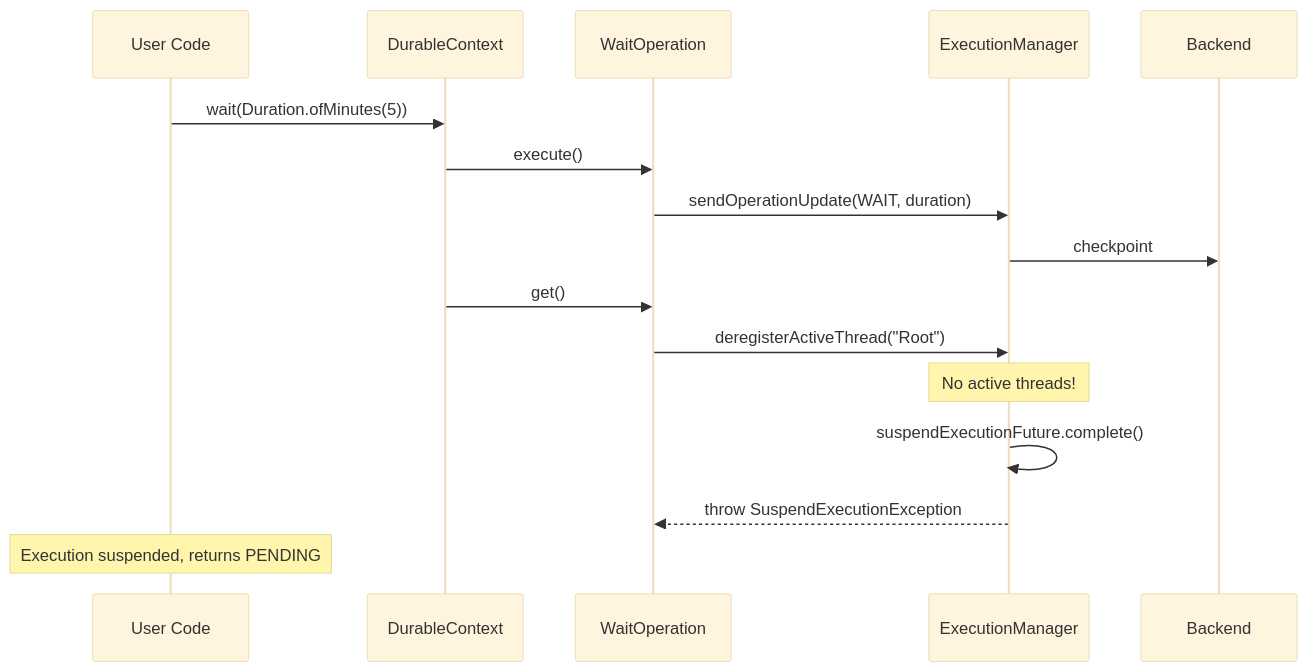
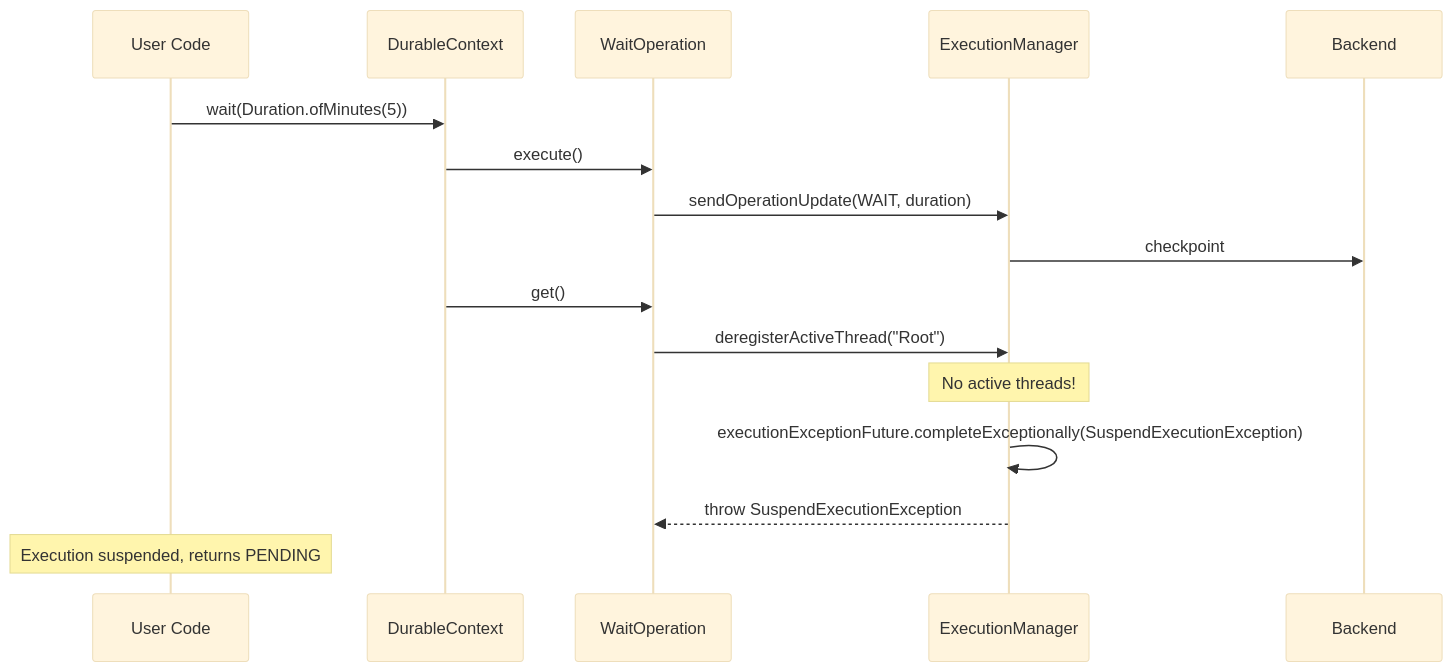
The third of 3 diagrams in docs/design.md (aws/aws-durable-execution-sdk-java), drawn with Mermaid (base theme) before and after one commit. The commit also changed other lines of this file and 1 other file, not shown here.

Commit message:
update design doc for completionFuture

````diff
--- a/docs/design.md
+++ b/docs/design.md
@@ -314,22 +314,22 @@
 ```mermaid
 sequenceDiagram
     participant UC as User Code
     participant DC as DurableContext
     participant WO as WaitOperation
     participant EM as ExecutionManager
     participant Backend
 
     UC->>DC: wait(Duration.ofMinutes(5))
     DC->>WO: execute()
     WO->>EM: sendOperationUpdate(WAIT, duration)
     EM->>Backend: checkpoint
     
     DC->>WO: get()
     WO->>EM: deregisterActiveThread("Root")
     
     Note over EM: No active threads!
-    EM->>EM: suspendExecutionFuture.complete()
+    EM->>EM: executionExceptionFuture.completeExceptionally(SuspendExecutionException)
     EM-->>WO: throw SuspendExecutionException
     
     Note over UC: Execution suspended, returns PENDING
 ```
````
